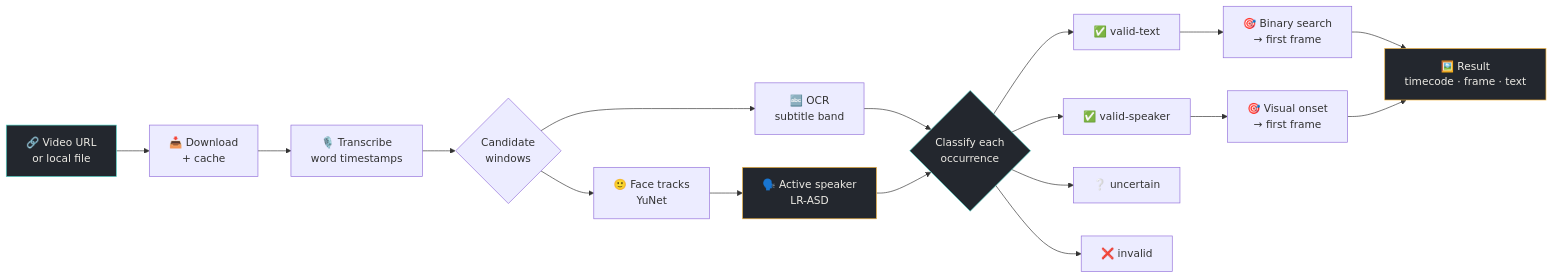
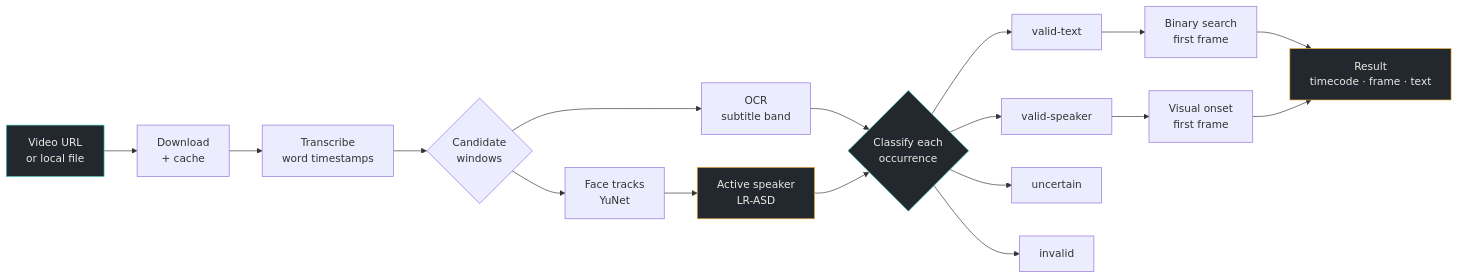
Before and after one commit to PremShankar11/Quest1: the diagram in README.md, drawn with Mermaid. The commit also changed other lines of this file, not shown here.

````diff
--- a/README.md
+++ b/README.md
@@ -149,24 +176,24 @@
 ```mermaid
 flowchart LR
-    A["🔗 Video URL<br/>or local file"] --> B["📥 Download<br/>+ cache"]
-    B --> C["🎙️ Transcribe<br/>word timestamps"]
+    A["Video URL<br/>or local file"] --> B["Download<br/>+ cache"]
+    B --> C["Transcribe<br/>word timestamps"]
     C --> D{"Candidate<br/>windows"}
-    D --> E["🔤 OCR<br/>subtitle band"]
-    D --> F["🙂 Face tracks<br/>YuNet"]
-    F --> G["🗣️ Active speaker<br/>LR-ASD"]
+    D --> E["OCR<br/>subtitle band"]
+    D --> F["Face tracks<br/>YuNet"]
+    F --> G["Active speaker<br/>LR-ASD"]
     E --> H{"Classify each<br/>occurrence"}
     G --> H
-    H --> I["✅ valid-text"]
-    H --> J["✅ valid-speaker"]
-    H --> K["❔ uncertain"]
-    H --> L["❌ invalid"]
-    I --> M["🎯 Binary search<br/>→ first frame"]
-    J --> N["🎯 Visual onset<br/>→ first frame"]
-    M --> O["🖼️ Result<br/>timecode · frame · text"]
+    H --> I["valid-text"]
+    H --> J["valid-speaker"]
+    H --> K["uncertain"]
+    H --> L["invalid"]
+    I --> M["Binary search<br/>first frame"]
+    J --> N["Visual onset<br/>first frame"]
+    M --> O["Result<br/>timecode · frame · text"]
     N --> O
 
     style A fill:#23272E,stroke:#4FD1C5,color:#ECEAE4
     style O fill:#23272E,stroke:#F2B33D,color:#ECEAE4
     style G fill:#23272E,stroke:#F2B33D,color:#ECEAE4
     style H fill:#23272E,stroke:#4FD1C5,color:#ECEAE4
 ```
````
